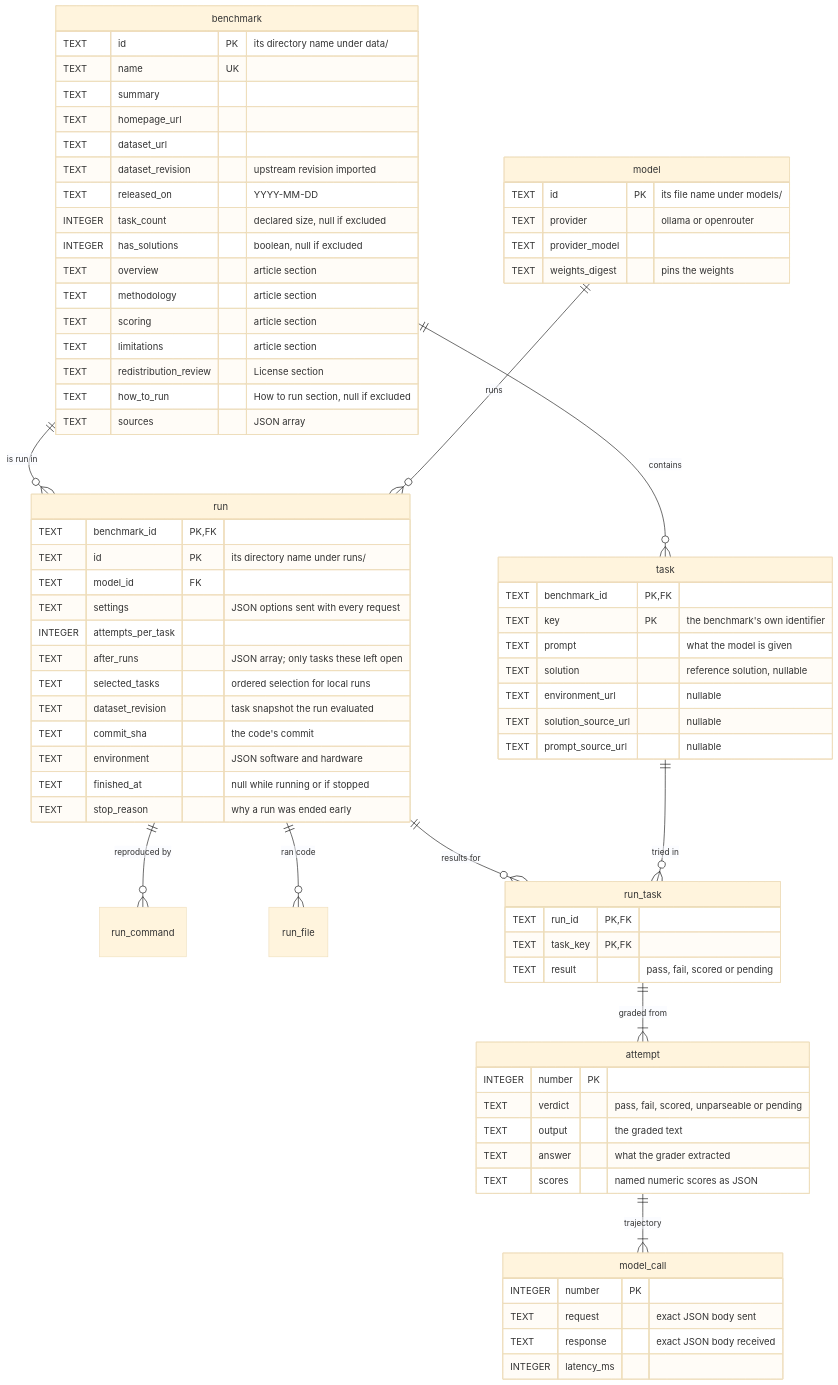
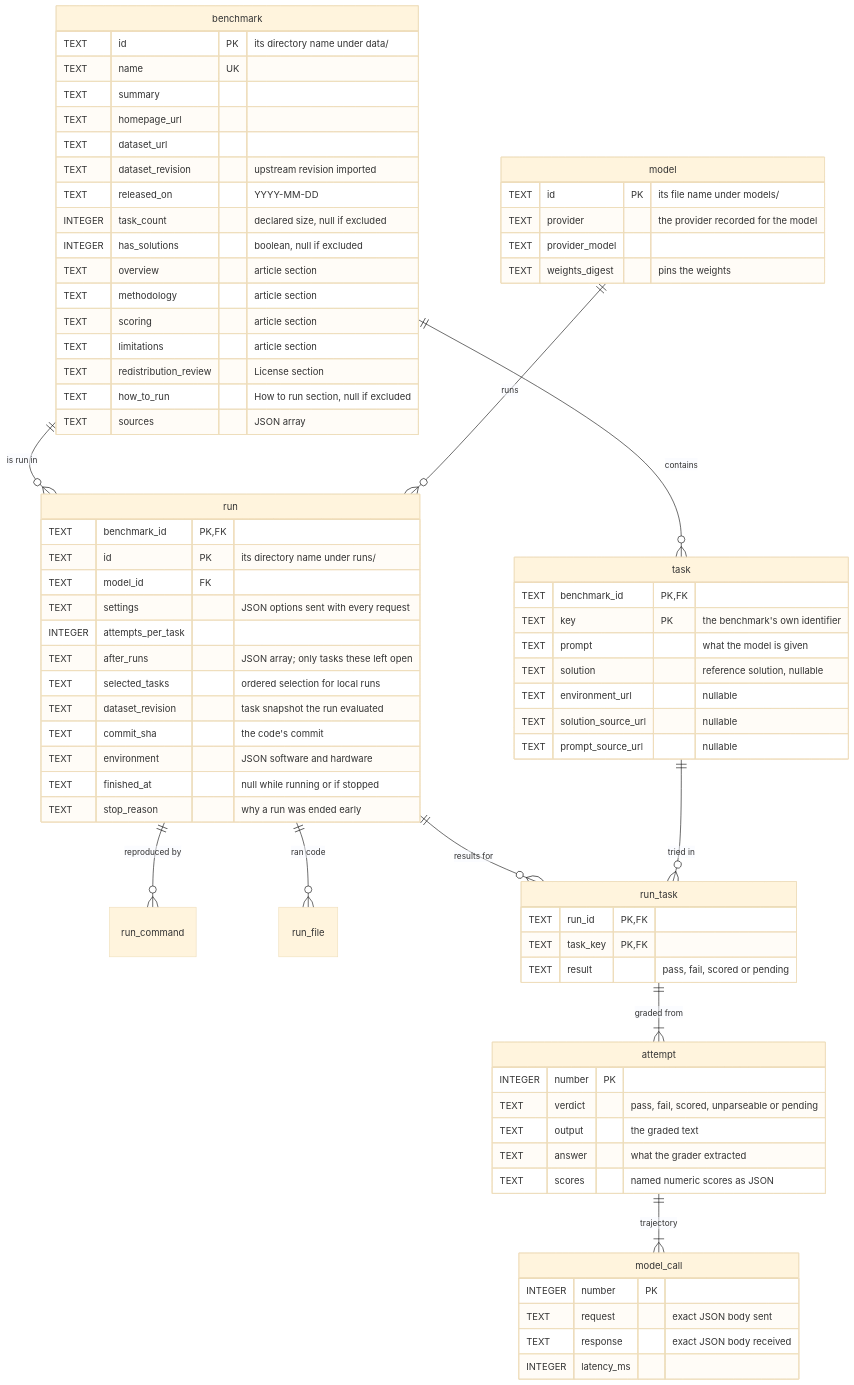
The diagram in README.md (khooeee/benchopedia), drawn with Mermaid (base theme) before and after one commit. The commit also changed 7 other files, not shown here.

````diff
--- a/README.md
+++ b/README.md
@@ -44,78 +44,78 @@
 ```mermaid
 erDiagram
     benchmark ||--o{ task : contains
     benchmark ||--o{ run : "is run in"
     model ||--o{ run : runs
     run ||--o{ run_command : "reproduced by"
     run ||--o{ run_file : "ran code"
     run ||--o{ run_task : "results for"
     task ||--o{ run_task : "tried in"
     run_task ||--|{ attempt : "graded from"
     attempt ||--|{ model_call : trajectory
 
     benchmark {
         TEXT id PK "its directory name under data/"
         TEXT name UK
         TEXT summary
         TEXT homepage_url
         TEXT dataset_url
         TEXT dataset_revision "upstream revision imported"
         TEXT released_on "YYYY-MM-DD"
         INTEGER task_count "declared size, null if excluded"
         INTEGER has_solutions "boolean, null if excluded"
         TEXT overview "article section"
         TEXT methodology "article section"
         TEXT scoring "article section"
         TEXT limitations "article section"
         TEXT redistribution_review "License section"
         TEXT how_to_run "How to run section, null if excluded"
         TEXT sources "JSON array"
     }
     task {
         TEXT benchmark_id PK, FK
         TEXT key PK "the benchmark's own identifier"
         TEXT prompt "what the model is given"
         TEXT solution "reference solution, nullable"
         TEXT environment_url "nullable"
         TEXT solution_source_url "nullable"
         TEXT prompt_source_url "nullable"
     }
     model {
         TEXT id PK "its file name under models/"
-        TEXT provider "ollama or openrouter"
+        TEXT provider "the provider recorded for the model"
         TEXT provider_model
         TEXT weights_digest "pins the weights"
     }
     run {
         TEXT benchmark_id PK, FK
         TEXT id PK "its directory name under runs/"
         TEXT model_id FK
         TEXT settings "JSON options sent with every request"
         INTEGER attempts_per_task
         TEXT after_runs "JSON array; only tasks these left open"
         TEXT selected_tasks "ordered selection for local runs"
         TEXT dataset_revision "task snapshot the run evaluated"
         TEXT commit_sha "the code's commit"
         TEXT environment "JSON software and hardware"
         TEXT finished_at "null while running or if stopped"
         TEXT stop_reason "why a run was ended early"
     }
     run_task {
         TEXT run_id PK, FK
         TEXT task_key PK, FK
         TEXT result "pass, fail, scored or pending"
     }
     attempt {
         INTEGER number PK
         TEXT verdict "pass, fail, scored, unparseable or pending"
         TEXT output "the graded text"
         TEXT answer "what the grader extracted"
         TEXT scores "named numeric scores as JSON"
     }
     model_call {
         INTEGER number PK
         TEXT request "exact JSON body sent"
         TEXT response "exact JSON body received"
         INTEGER latency_ms
     }
 ```
````
